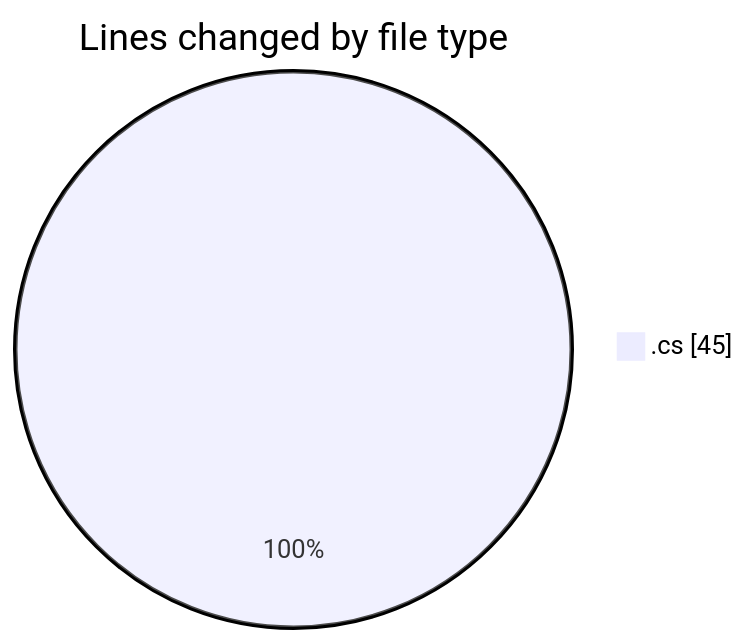
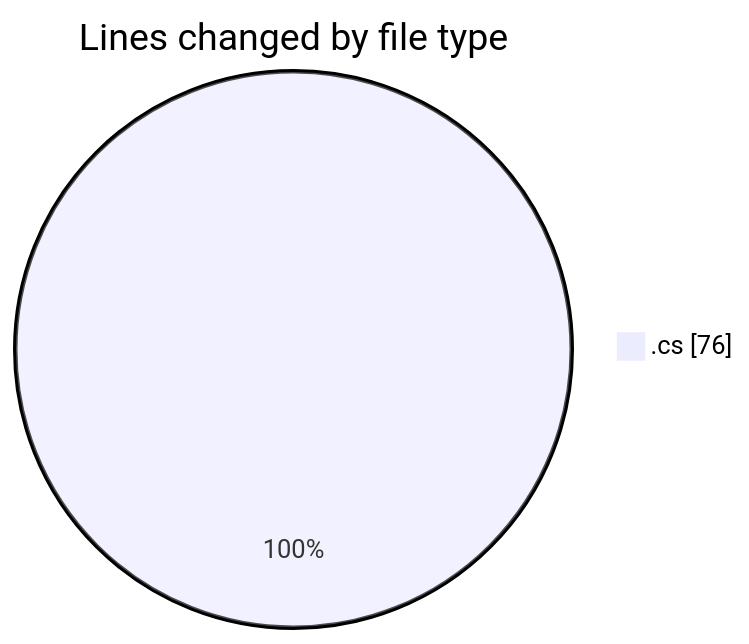
The first of 2 diagrams in 2025-10-26/skintrack/README.md (Netris89/code-tracking), drawn with Mermaid before and after one commit. The commit also changed other lines of this file and 1 other file, not shown here.

````diff
--- a/2025-10-26/skintrack/README.md
+++ b/2025-10-26/skintrack/README.md
@@ -20,5 +21,5 @@
 ```mermaid
 pie showData
 title Lines changed by file type
-".cs" : 45
+".cs" : 76
 ```
````
